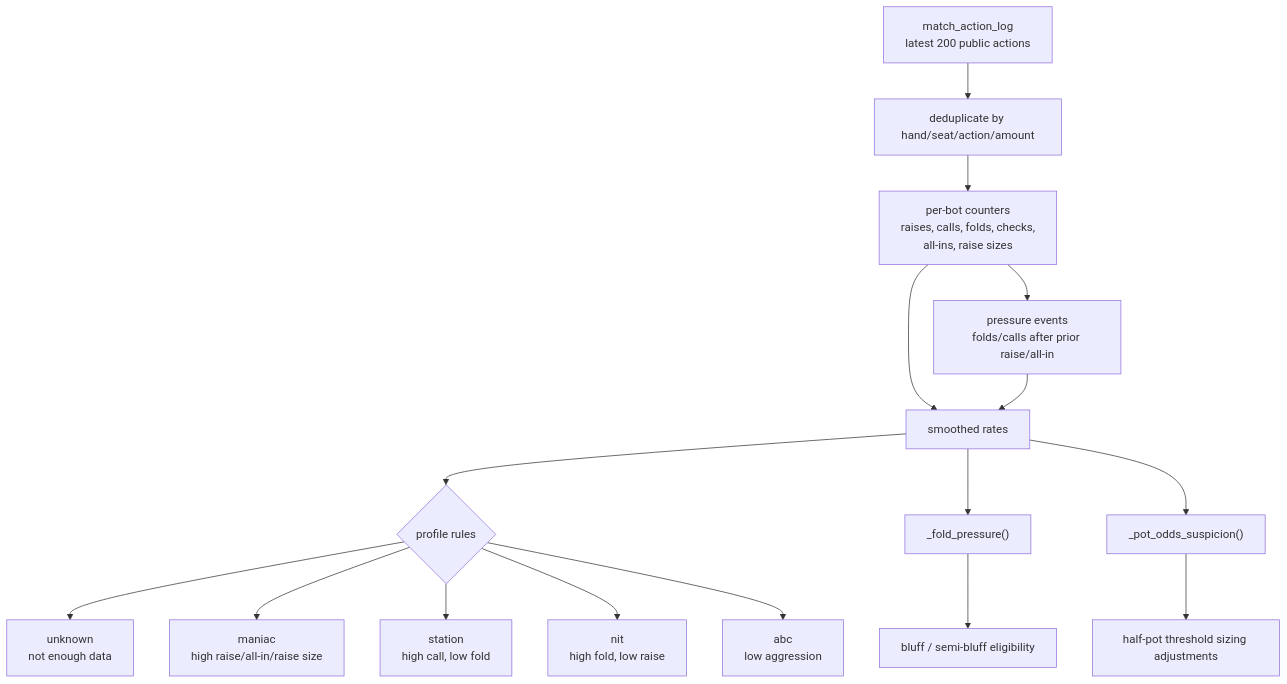
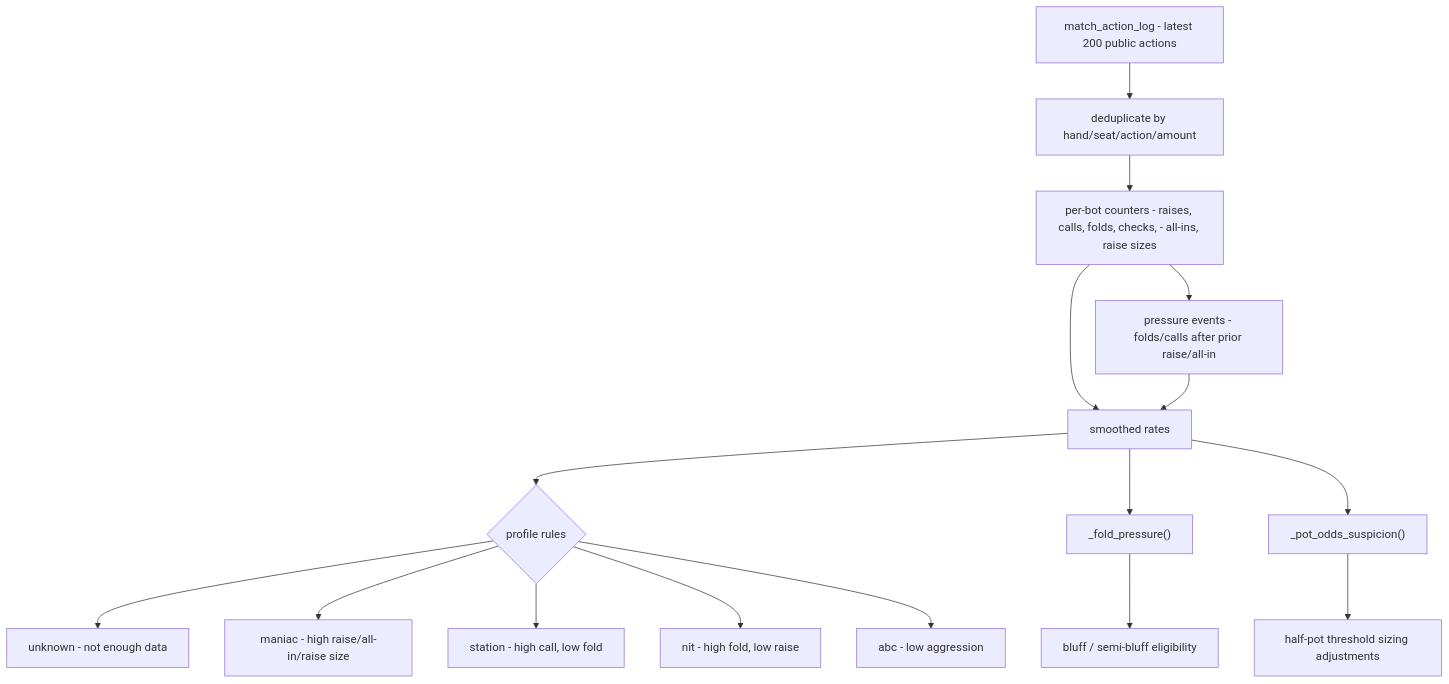
One commit to kosunghun317/fullhouse-engine changed the third of 3 diagrams in docs/heuristic-bot-logic.md. Above: the diagram before and after it, drawn with Mermaid. The commit also changed other lines of this file and 13 other files, not shown here.

Commit message:
docs: normalize mermaid diagrams

````diff
--- a/docs/heuristic-bot-logic.md
+++ b/docs/heuristic-bot-logic.md
@@ -281,18 +281,18 @@
 ```mermaid
 graph TD
-    Log["match_action_log\nlatest 200 public actions"] --> Dedup["deduplicate by hand/seat/action/amount"]
-    Dedup --> Counters["per-bot counters\nraises, calls, folds, checks,\nall-ins, raise sizes"]
-    Counters --> Pressure["pressure events\nfolds/calls after prior raise/all-in"]
+    Log["match_action_log - latest 200 public actions"] --> Dedup["deduplicate by hand/seat/action/amount"]
+    Dedup --> Counters["per-bot counters - raises, calls, folds, checks, - all-ins, raise sizes"]
+    Counters --> Pressure["pressure events - folds/calls after prior raise/all-in"]
     Counters --> Rates["smoothed rates"]
     Pressure --> Rates
     Rates --> Classify{"profile rules"}
-    Classify --> Unknown["unknown\nnot enough data"]
-    Classify --> Maniac["maniac\nhigh raise/all-in/raise size"]
-    Classify --> Station["station\nhigh call, low fold"]
-    Classify --> Nit["nit\nhigh fold, low raise"]
-    Classify --> ABC["abc\nlow aggression"]
+    Classify --> Unknown["unknown - not enough data"]
+    Classify --> Maniac["maniac - high raise/all-in/raise size"]
+    Classify --> Station["station - high call, low fold"]
+    Classify --> Nit["nit - high fold, low raise"]
+    Classify --> ABC["abc - low aggression"]
     Rates --> FoldPressure["_fold_pressure()"]
     Rates --> PotOddsSuspicion["_pot_odds_suspicion()"]
     FoldPressure --> Bluffing["bluff / semi-bluff eligibility"]
     PotOddsSuspicion --> Sizing["half-pot threshold sizing adjustments"]
 ```
````
